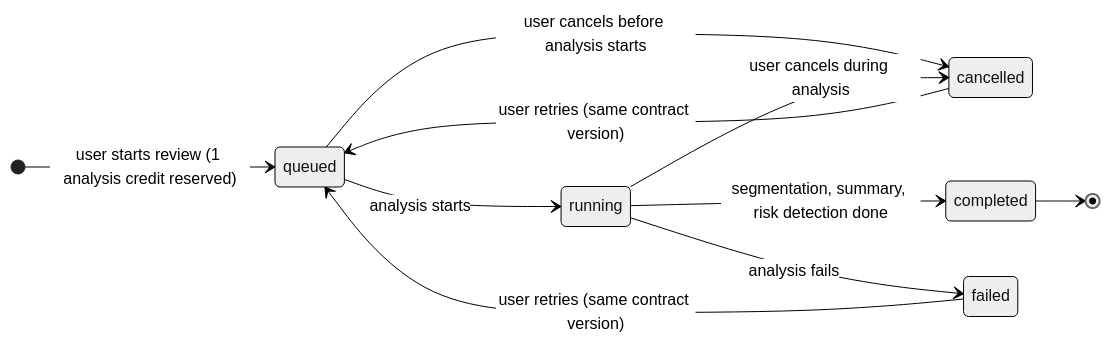
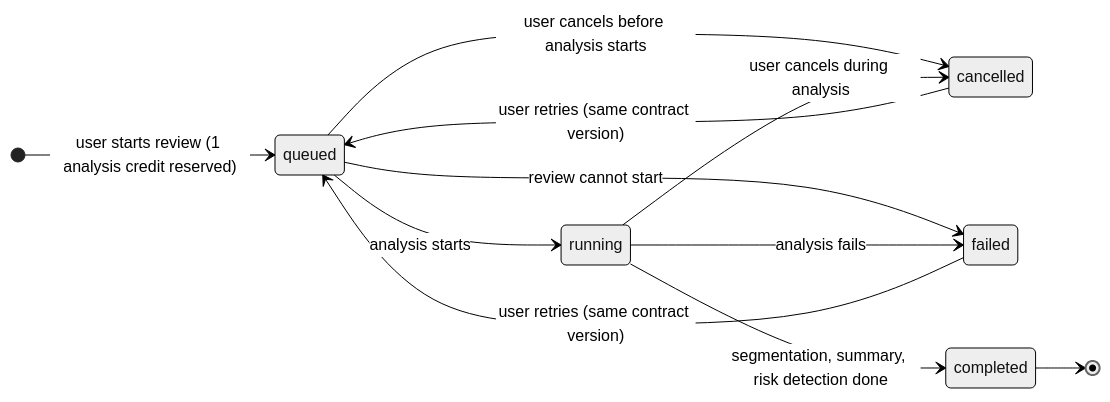
Before and after one commit to dangquyen-91/ai-contract-review-sme: the second of 2 diagrams in docs/ai-review/srs/ai-review-states.md, drawn with Mermaid (neutral theme). The commit also changed other lines of this file and 12 other files, not shown here.

First line of the commit message:
Add editable state machine diagrams

````diff
--- a/docs/ai-review/srs/ai-review-states.md
+++ b/docs/ai-review/srs/ai-review-states.md
@@ -40,13 +39,14 @@
 ```mermaid
 stateDiagram-v2
     direction LR
     [*] --> queued : user starts review (1 analysis credit reserved)
     queued --> running : analysis starts
     queued --> cancelled : user cancels before analysis starts
+    queued --> failed : review cannot start
     running --> completed : segmentation, summary, risk detection done
     running --> cancelled : user cancels during analysis
     running --> failed : analysis fails
     failed --> queued : user retries (same contract version)
     cancelled --> queued : user retries (same contract version)
     completed --> [*]
 ```
````
